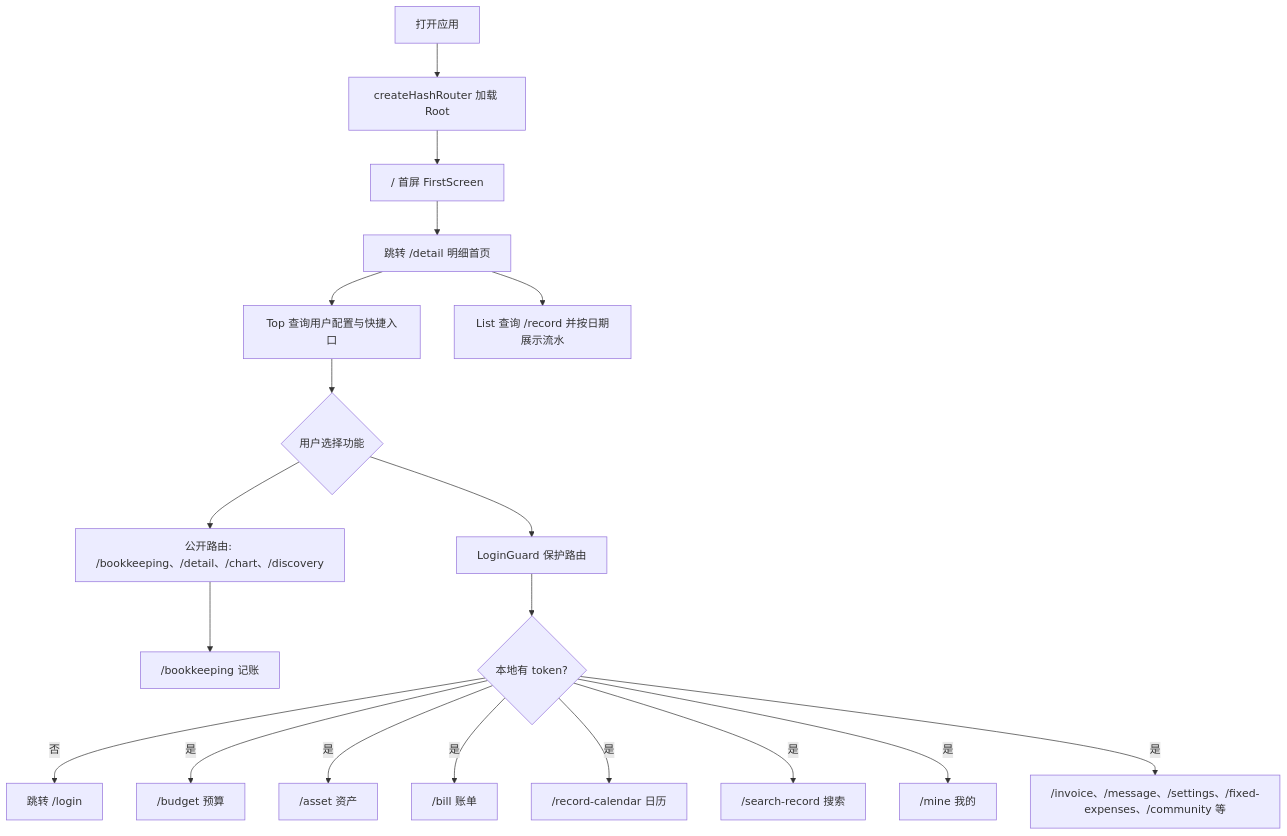
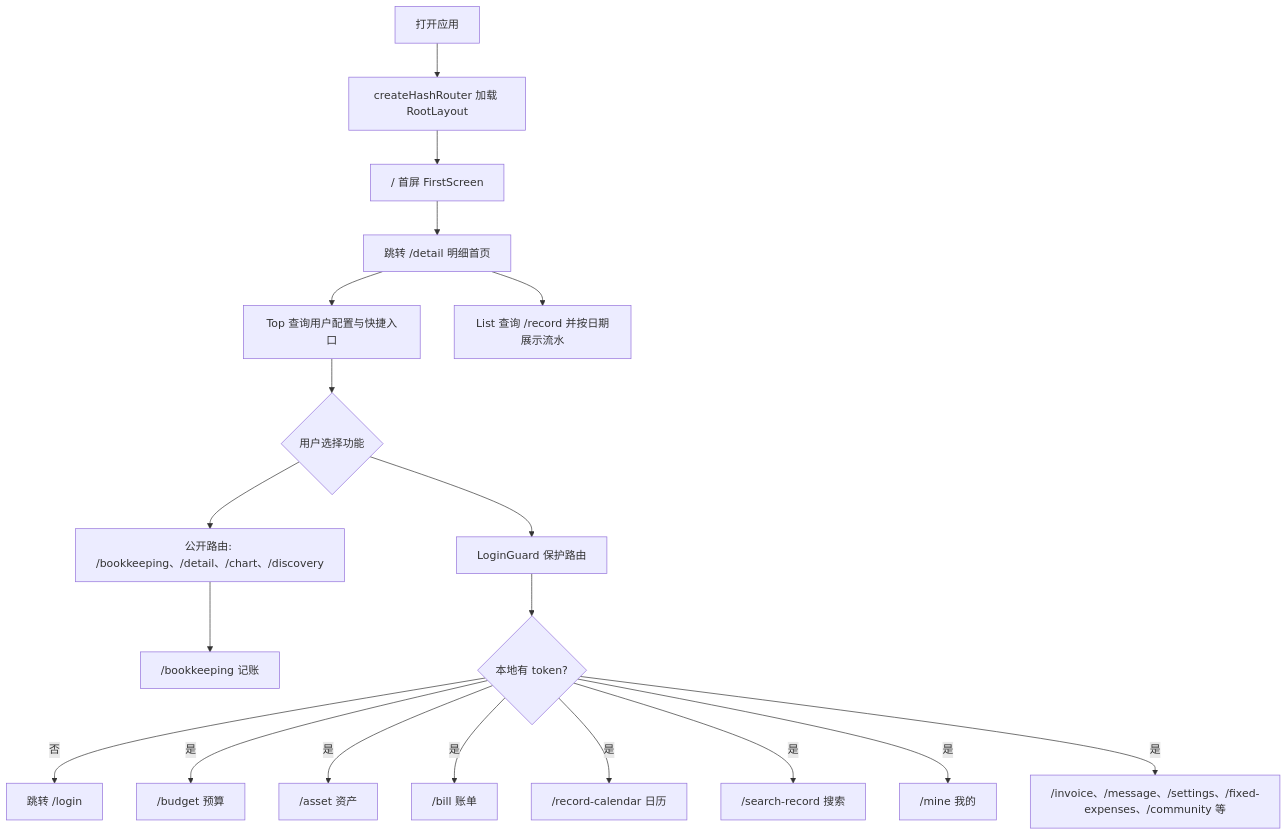
The first of 12 diagrams in docs/flowcharts/feature-flows.md (whale-wave/ww-bill-client), drawn with Mermaid before and after one commit. The commit also changed other lines of this file and 3 other files, not shown here.

````diff
--- a/docs/flowcharts/feature-flows.md
+++ b/docs/flowcharts/feature-flows.md
@@ -42,21 +42,21 @@
 ```mermaid
 flowchart TD
-  Start["打开应用"] --> Router["createHashRouter 加载 Root"]
+  Start["打开应用"] --> Router["createHashRouter 加载 RootLayout"]
   Router --> First["/ 首屏 FirstScreen"]
   First --> Detail["跳转 /detail 明细首页"]
   Detail --> Top["Top 查询用户配置与快捷入口"]
   Detail --> List["List 查询 /record 并按日期展示流水"]
   Top --> Feature{"用户选择功能"}
   Feature --> PublicRoute["公开路由: /bookkeeping、/detail、/chart、/discovery"]
   Feature --> ProtectedRoute["LoginGuard 保护路由"]
   PublicRoute --> Bookkeeping["/bookkeeping 记账"]
   ProtectedRoute --> HasToken{"本地有 token?"}
   HasToken -->|否| LoginRedirect["跳转 /login"]
   HasToken -->|是| Budget["/budget 预算"]
   HasToken -->|是| Asset["/asset 资产"]
   HasToken -->|是| Bill["/bill 账单"]
   HasToken -->|是| Calendar["/record-calendar 日历"]
   HasToken -->|是| Search["/search-record 搜索"]
   HasToken -->|是| Mine["/mine 我的"]
   HasToken -->|是| MoreProtected["/invoice、/message、/settings、/fixed-expenses、/community 等"]
 ```
````
